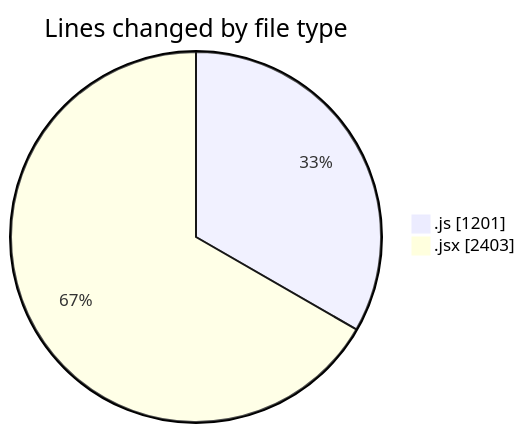
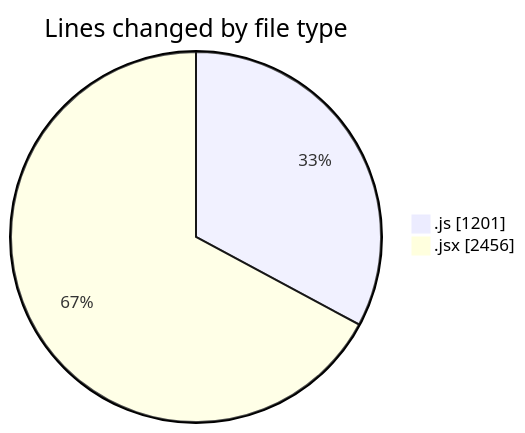
Before and after one commit to nxtqubesakshisongat/code-tracking: the first of 2 diagrams in 2025-10-10/nxtqube_webapp/README.md, drawn with Mermaid. The commit also changed other lines of this file and 1 other file, not shown here.

````diff
--- a/2025-10-10/nxtqube_webapp/README.md
+++ b/2025-10-10/nxtqube_webapp/README.md
@@ -24,6 +24,6 @@
 ```mermaid
 pie showData
 title Lines changed by file type
 ".js" : 1201
-".jsx" : 2403
+".jsx" : 2456
 ```
````
